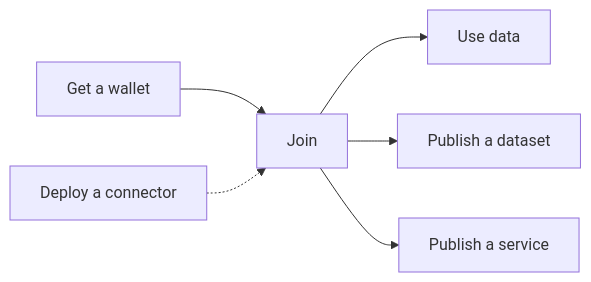
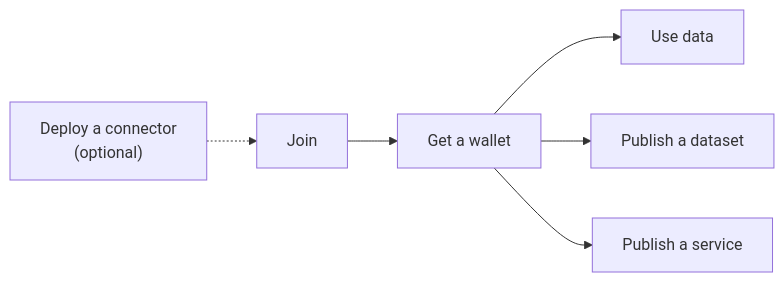
The diagram in docs/guides/index.md (CitComAI-Hub/CitComAI-Hub.github.io), drawn with Mermaid before and after one commit. The commit also changed other lines of this file and 7 other files, not shown here.

First line of the commit message:
docs(guides): a partner can join and read data, step by step

````diff
--- a/docs/guides/index.md
+++ b/docs/guides/index.md
@@ -19,8 +23,8 @@
 ```mermaid
 flowchart LR
-    W["Get a wallet"] --> J["Join"]
-    J --> C["Use data"]
-    J --> P["Publish a dataset"]
-    J --> S["Publish a service"]
-    D["Deploy a connector"] -.-> J
+    D["Deploy a connector<br/>(optional)"] -.-> J["Join"]
+    J --> W["Get a wallet"]
+    W --> C["Use data"]
+    W --> P["Publish a dataset"]
+    W --> S["Publish a service"]
 ```
````
